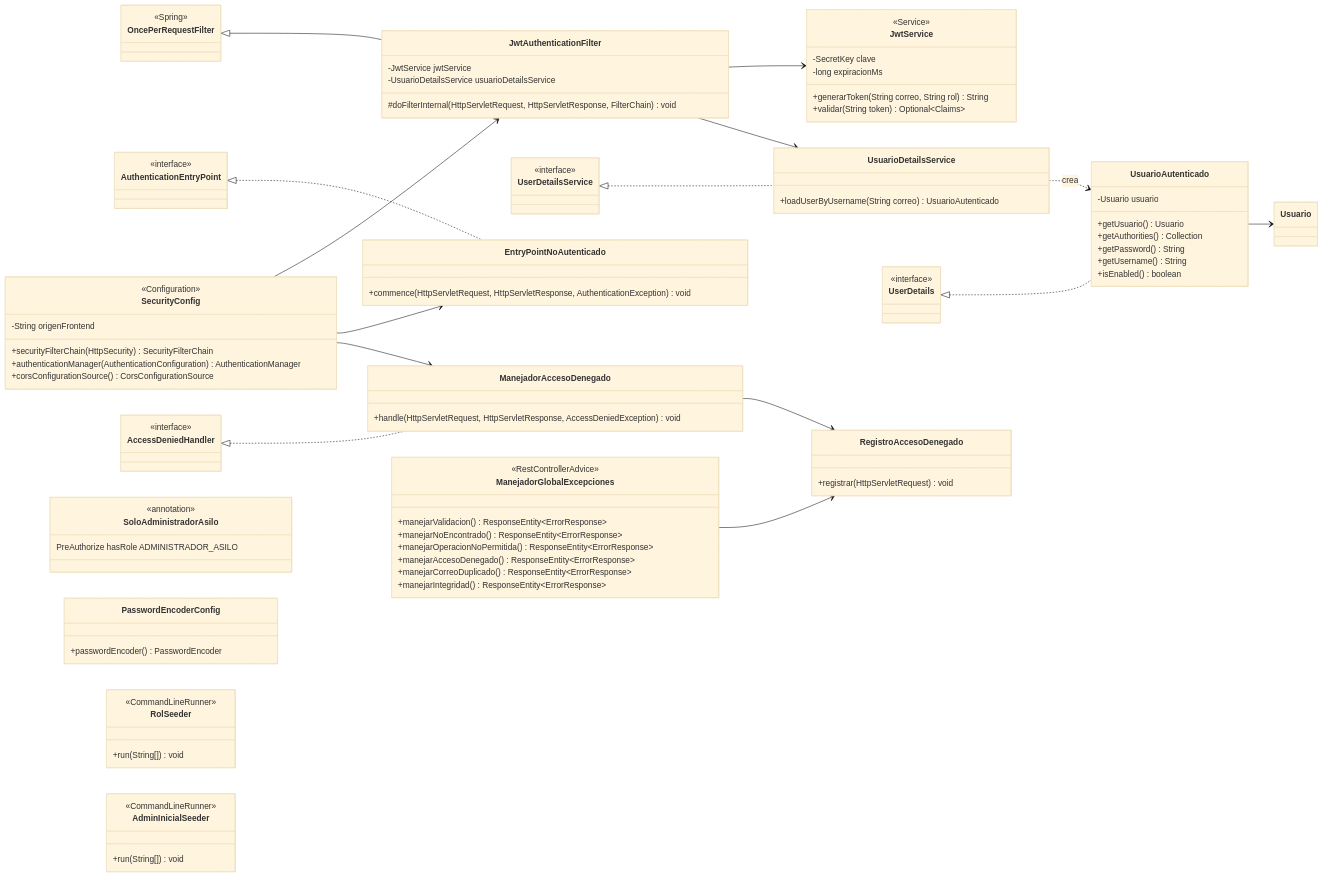
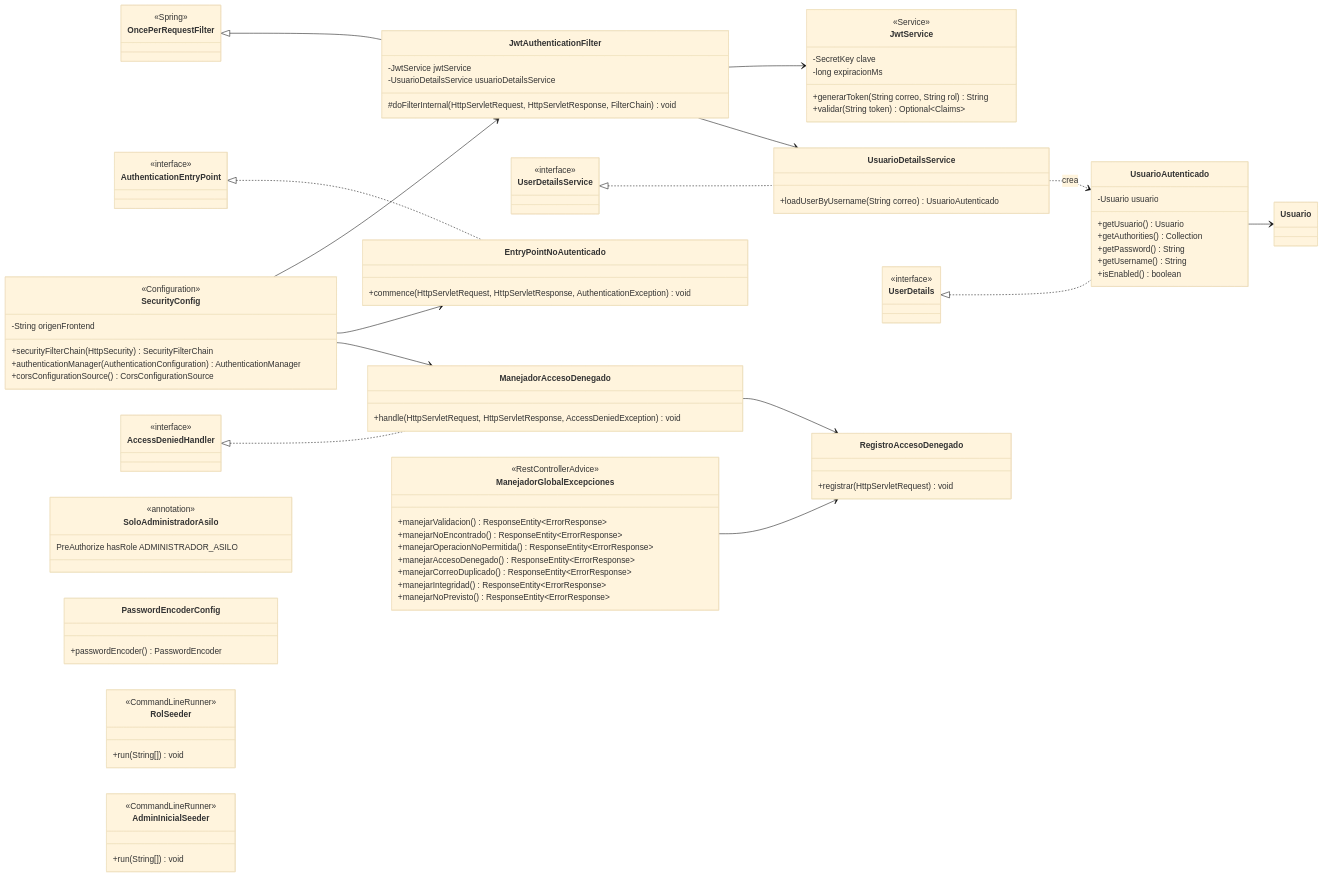
Before and after one commit to Hoakin26/Sistema-Gestion-Asilo: the eighth of 18 diagrams in docs/fase-diseno.md, drawn with Mermaid (base theme). The commit also changed other lines of this file and 5 other files, not shown here.

```diff
--- a/docs/fase-diseno.md
+++ b/docs/fase-diseno.md
@@ -872,6 +872,7 @@
         +manejarAccesoDenegado() ResponseEntity~ErrorResponse~
         +manejarCorreoDuplicado() ResponseEntity~ErrorResponse~
         +manejarIntegridad() ResponseEntity~ErrorResponse~
+        +manejarNoPrevisto() ResponseEntity~ErrorResponse~
     }
     class SoloAdministradorAsilo {
         <<annotation>>
```
